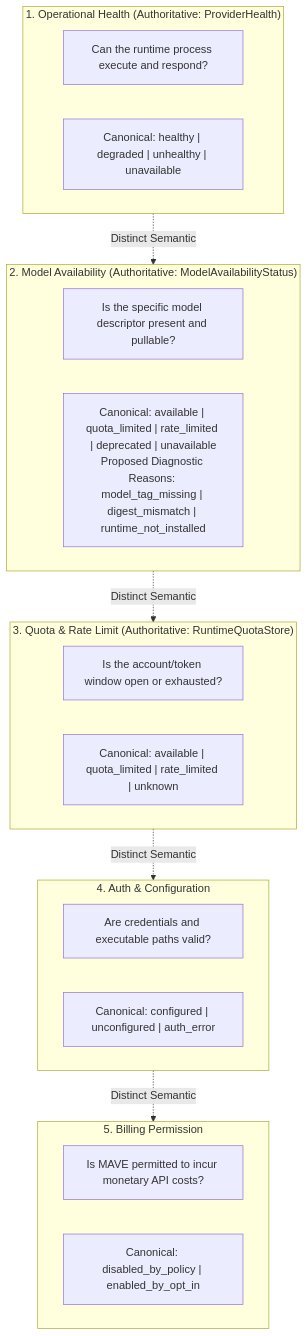
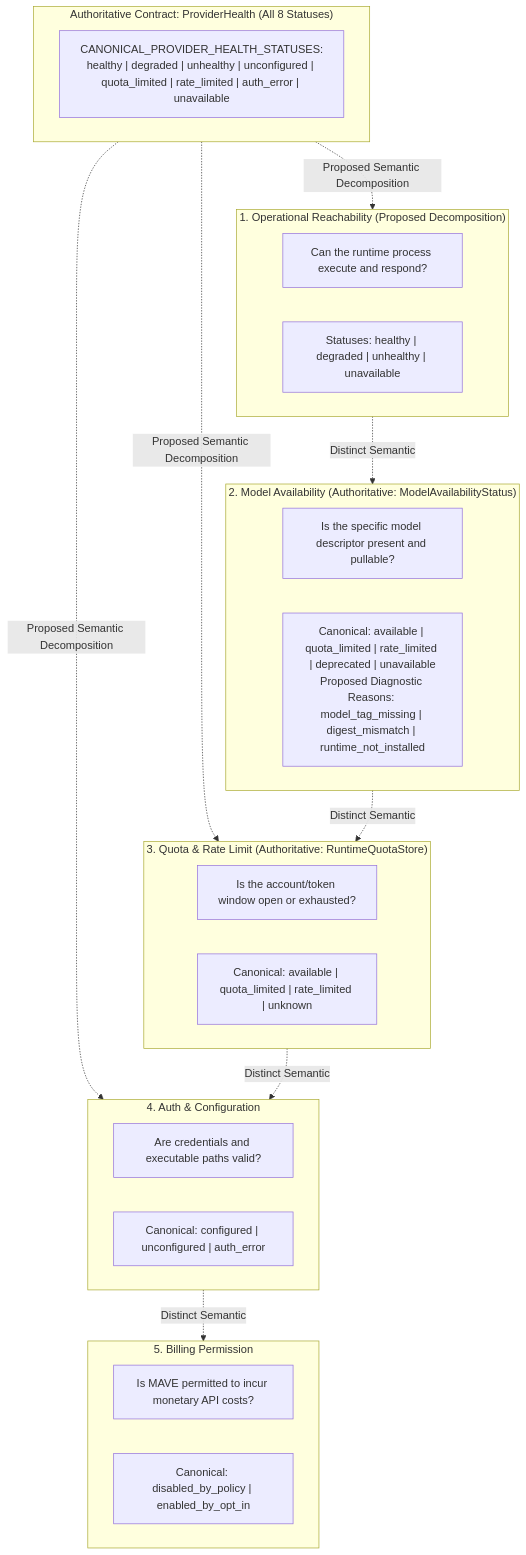
Before and after one commit to Jeff7563/MAVE: the sixth of 16 diagrams in docs/architecture/MAVE_F1_9_DIAGNOSTICS_RELIABILITY_ARCHITECTURE_AUDIT.md, drawn with Mermaid. The commit also changed other lines of this file, not shown here.

Commit message:
docs(intelligence): align diagnostics with provider health contract

````diff
--- a/docs/architecture/MAVE_F1_9_DIAGNOSTICS_RELIABILITY_ARCHITECTURE_AUDIT.md
+++ b/docs/architecture/MAVE_F1_9_DIAGNOSTICS_RELIABILITY_ARCHITECTURE_AUDIT.md
@@ -340,32 +385,40 @@
 ```mermaid
 flowchart TD
-    subgraph OperationalHealth["1. Operational Health (Authoritative: ProviderHealth)"]
+    subgraph CurrentContract["Authoritative Contract: ProviderHealth (All 8 Statuses)"]
+        C1["CANONICAL_PROVIDER_HEALTH_STATUSES:<br/>healthy | degraded | unhealthy | unconfigured | quota_limited | rate_limited | auth_error | unavailable"]
+    end
+
+    CurrentContract -.->|Proposed Semantic Decomposition| OperationalHealth
+    CurrentContract -.->|Proposed Semantic Decomposition| AuthConfig
+    CurrentContract -.->|Proposed Semantic Decomposition| QuotaRateLimit
+
+    subgraph OperationalHealth["1. Operational Reachability (Proposed Decomposition)"]
         H1["Can the runtime process execute and respond?"]
-        H2["Canonical: healthy | degraded | unhealthy | unavailable"]
+        H2["Statuses: healthy | degraded | unhealthy | unavailable"]
     end
 
     subgraph ModelAvailability["2. Model Availability (Authoritative: ModelAvailabilityStatus)"]
         M1["Is the specific model descriptor present and pullable?"]
         M2["Canonical: available | quota_limited | rate_limited | deprecated | unavailable<br/>Proposed Diagnostic Reasons: model_tag_missing | digest_mismatch | runtime_not_installed"]
     end
 
     subgraph QuotaRateLimit["3. Quota & Rate Limit (Authoritative: RuntimeQuotaStore)"]
         Q1["Is the account/token window open or exhausted?"]
         Q2["Canonical: available | quota_limited | rate_limited | unknown"]
     end
 
     subgraph AuthConfig["4. Auth & Configuration"]
         A1["Are credentials and executable paths valid?"]
         A2["Canonical: configured | unconfigured | auth_error"]
     end
 
     subgraph BillingPermission["5. Billing Permission"]
         B1["Is MAVE permitted to incur monetary API costs?"]
         B2["Canonical: disabled_by_policy | enabled_by_opt_in"]
     end
 
     OperationalHealth -.->|Distinct Semantic| ModelAvailability
     ModelAvailability -.->|Distinct Semantic| QuotaRateLimit
     QuotaRateLimit -.->|Distinct Semantic| AuthConfig
     AuthConfig -.->|Distinct Semantic| BillingPermission
 ```
````
